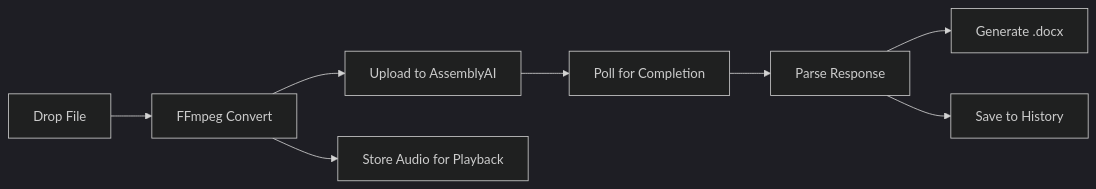
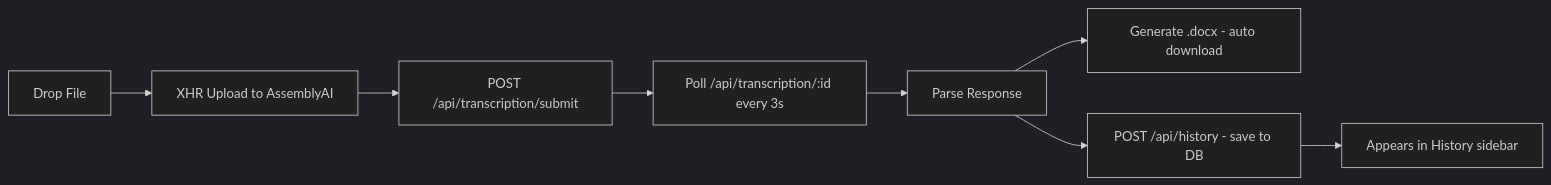
Before and after one commit to joemacstevens/ohg-scribe: the diagram in README.md, drawn with Mermaid (dark theme). The commit also changed other lines of this file, not shown here.

Commit message:
docs: rewrite README for web architecture (SvelteKit + FastAPI + Docker)

````diff
--- a/README.md
+++ b/README.md
@@ -85,10 +88,10 @@
 ```mermaid
 graph LR
-    A[Drop File] --> B[FFmpeg Convert]
-    B --> C[Upload to AssemblyAI]
-    C --> D[Poll for Completion]
+    A[Drop File] --> B[XHR Upload to AssemblyAI]
+    B --> C[POST /api/transcription/submit]
+    C --> D[Poll /api/transcription/:id every 3s]
     D --> E[Parse Response]
-    E --> F[Generate .docx]
-    E --> G[Save to History]
-    B --> H[Store Audio for Playback]
+    E --> F[Generate .docx - auto download]
+    E --> G[POST /api/history - save to DB]
+    G --> H[Appears in History sidebar]
 ```
````
